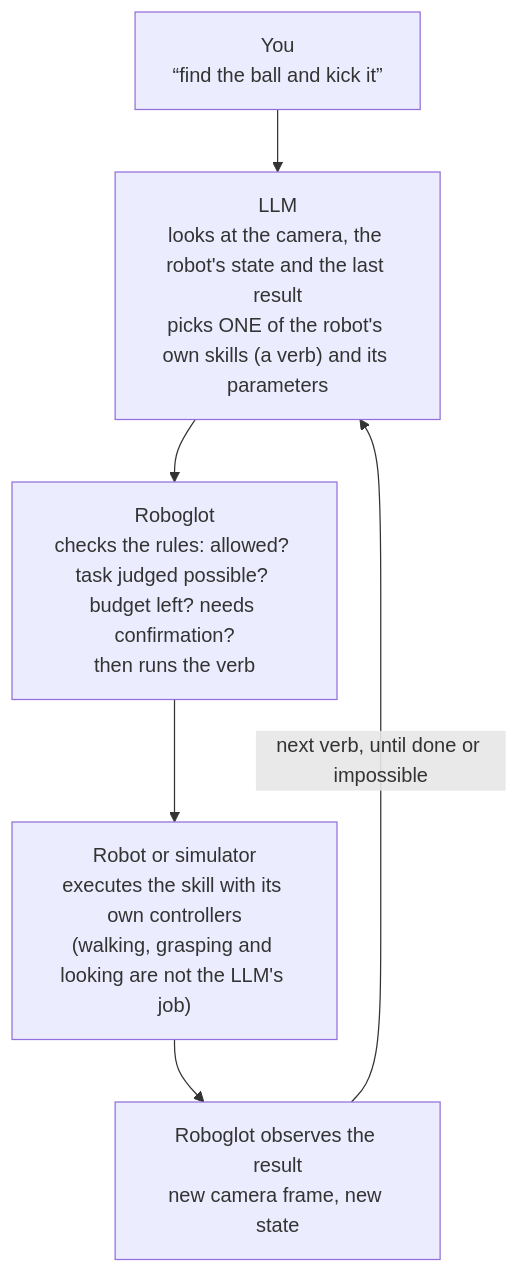
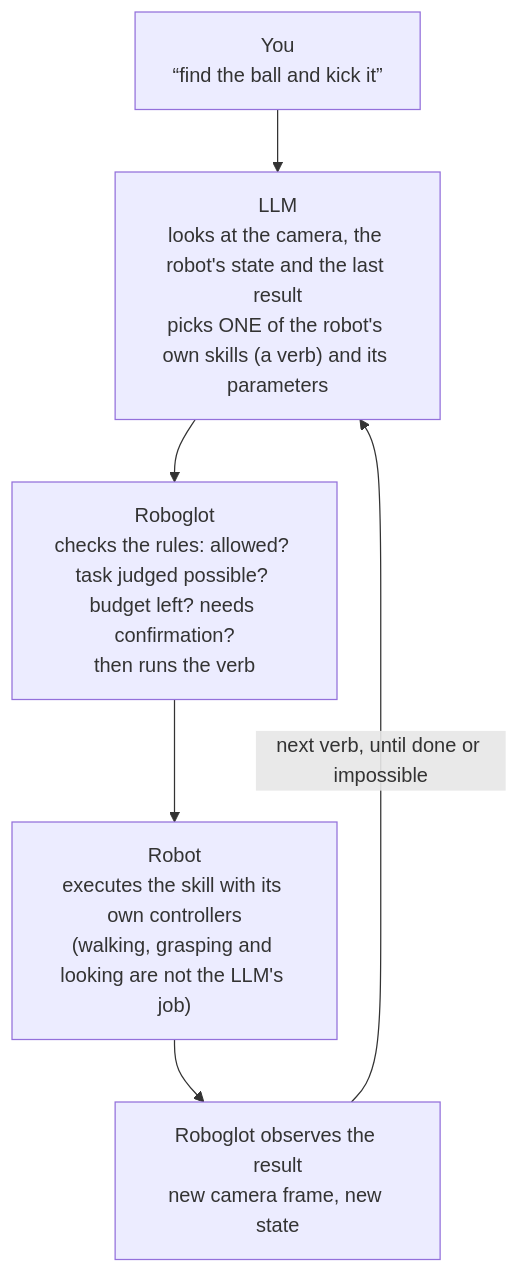
One commit to rokbenko/quackd changed the first of 2 diagrams in README.md. Above: the diagram before and after it, drawn with Mermaid. The commit also changed other lines of this file and 446 other files, not shown here.

````diff
--- a/README.md
+++ b/README.md
@@ -397,10 +395,10 @@
 ```mermaid
 flowchart TD
     YOU["You<br/>“find the ball and kick it”"]
     LLM["LLM<br/>looks at the camera, the robot's state and the last result<br/>picks ONE of the robot's own skills (a verb) and its parameters"]
     Q["Roboglot<br/>checks the rules: allowed? task judged possible? budget left? needs confirmation?<br/>then runs the verb"]
-    R["Robot or simulator<br/>executes the skill with its own controllers<br/>(walking, grasping and looking are not the LLM's job)"]
+    R["Robot<br/>executes the skill with its own controllers<br/>(walking, grasping and looking are not the LLM's job)"]
     O["Roboglot observes the result<br/>new camera frame, new state"]
     YOU --> LLM --> Q --> R --> O
     O -- "next verb, until done or impossible" --> LLM
 ```
````
